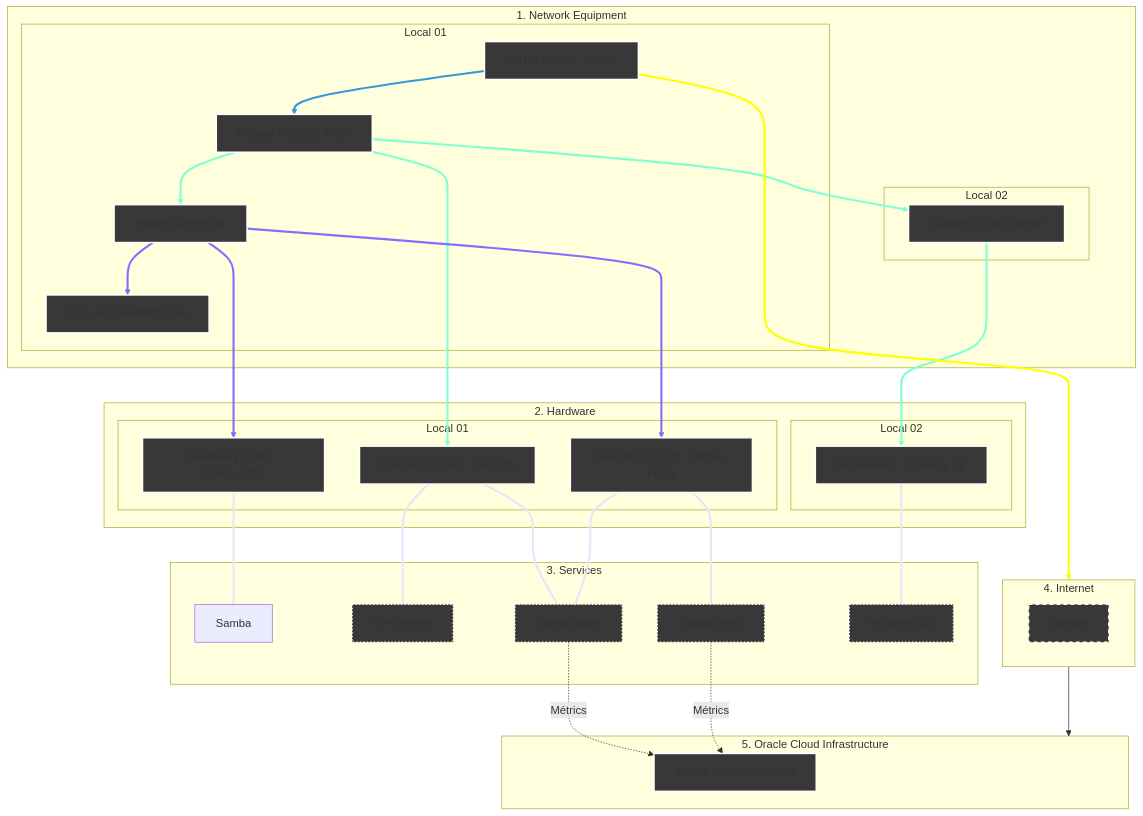
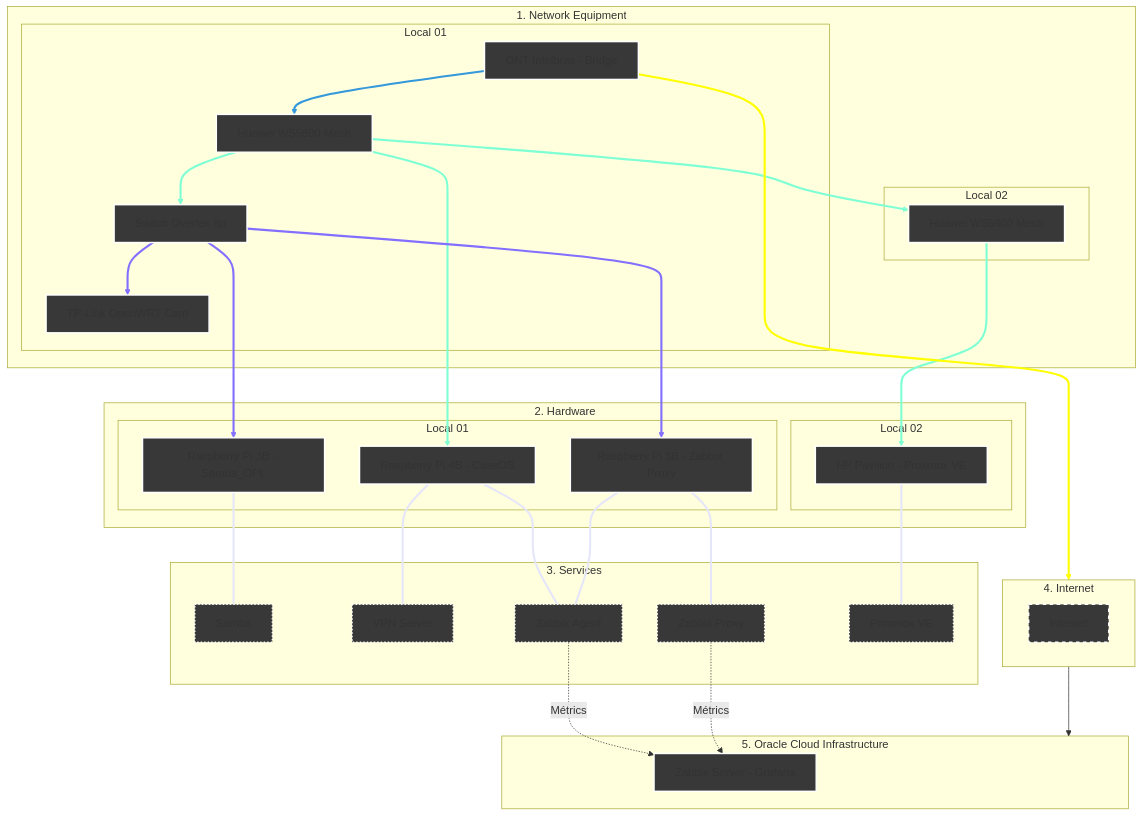
The diagram in Infraestructure/README.md (kevindexter22/Dr-Hardware-Autonet), drawn with Mermaid before and after one commit.

````diff
--- a/Infraestructure/README.md
+++ b/Infraestructure/README.md
@@ -13,71 +13,71 @@
 ```mermaid
 graph TD
     %% Styles
     classDef network fill:#383838,stroke:#FFFFFF,stroke-width:2px;
     classDef hardware fill:#383838,stroke:#FFFFFF,stroke-width:2px;
     classDef internet fill:#383838,stroke:#FFFFFF,stroke-width:2px,stroke-dasharray: 5 5;
     classDef services fill:#383838,stroke:#FFFFFF,stroke-width:2px, stroke-dasharray: 2 3;
     classDef oci fill:#383838,stroke:#FFFFFF,stroke-width:2px;
 
     %% 1. NETWORK EQUIPMENT
     subgraph Principal["1. Network Equipment"]
     subgraph S1 [Local 01]
         ONT[ONT Intelbras - Bridge]:::network --> R_Mesh1[Huawei WS5800 Mesh]:::network
         R_Mesh1 --> SW1[Switch Overtek 8p]:::network
         SW1 --> R_Cams[TP-Link OpenWRT Cam]:::network    
     end
     subgraph S2 [Local 02]
         R_Mesh1 --> R_Mesh2[Huawei WS5800 Mesh]:::network
     end
     end
     
     %% 2. HARDWARE
     subgraph Principal02["2. Hardware"]
     subgraph S3 [Local 01]
         SW1 ---> RPi3B_1[Raspberry Pi 3B - Samba_OPL]:::hardware
         R_Mesh1 ---> RPi4B[Raspberry Pi 4B - CasaOS]:::hardware
         SW1 ---> RPi3B_2[Raspberry Pi 3B - Zabbix Proxy]:::hardware
     end
     subgraph S4 [Local 02]
         R_Mesh2 ---> HP[HP Pavilion - Proxmox VE]:::hardware
     end
     end
 
     %% 3. SERVICES     
     subgraph S5 [3. Services];
-        RPi3B_1 --- SMB1[Samba]
+        RPi3B_1 --- SMB1[Samba]:::services
         RPi4B --- VPN[VPN Server]:::services
         RPi4B --- ZA[Zabbix Agent]:::services
         RPi3B_2 --- ZA[Zabbix Agent]:::services
         RPi3B_2 --- ZP[Zabbix Proxy]:::services
         HP --- PVE[Proxmox VE]:::services        
     end
 
     %% 4. Internet (The Bridge)
     subgraph S6 [4. Internet]
            internet[Internet]:::internet
     end
 
     %% 5. Oracle Cloud Infrastructure
     subgraph S7 [5. Oracle Cloud Infrastructure]
         ZS[Zabbix Server - Grafana]:::oci
     end
 
     %% Conections of data flow
     ONT --> S6
     S6 --> S7
     
     %% Logical conections
     ZA -.-> |Métrics| ZS
     ZP -.-> |Métrics| ZS 
 
     %% --- Set collor on conections ---
     
     linkStyle 0 stroke:#3498db,stroke-width:3px;
     linkStyle 1,3,5,7 stroke:#7FFFD4,stroke-width:3px;
     linkStyle 2,4,6 stroke:#836FFF,stroke-width:3px;
     linkStyle 8,9,10,11,12,13 stroke:#E6E6FA,stroke-width:3px;
     linkStyle 14 stroke:#FFFF00,stroke-width:3px;
 
 
 ```
````
